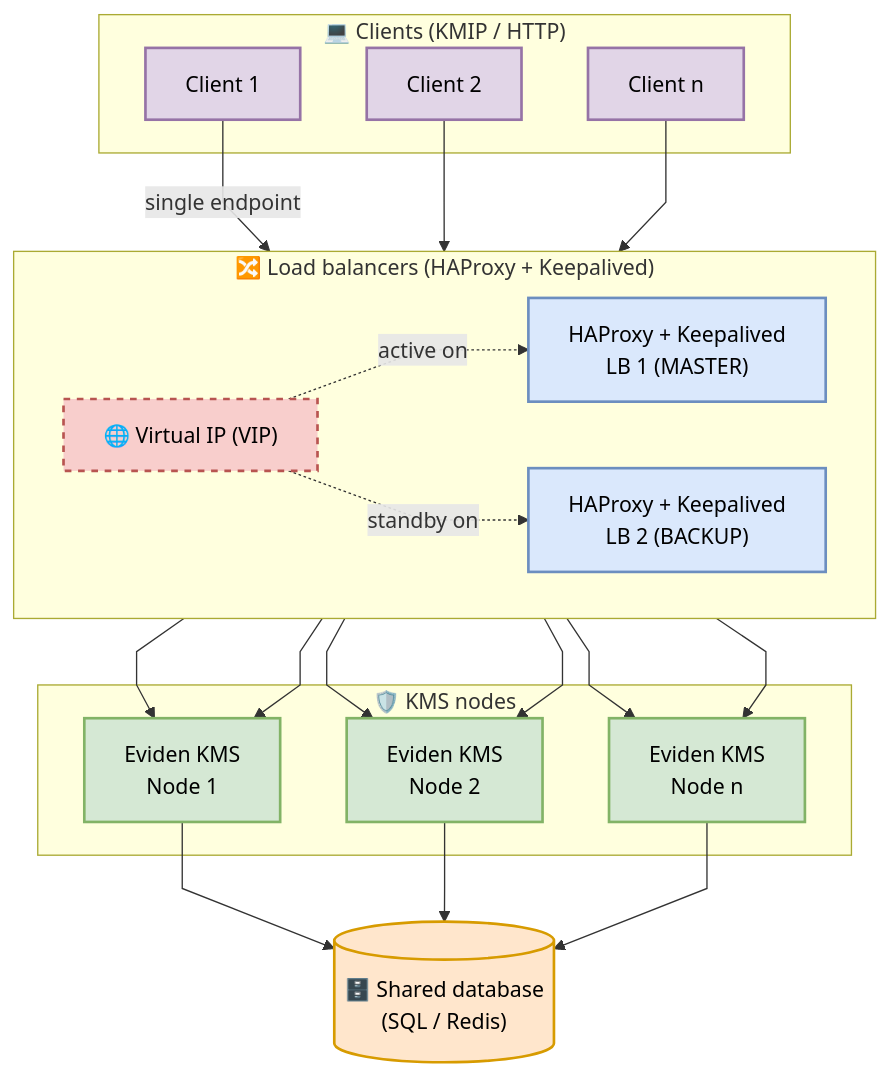
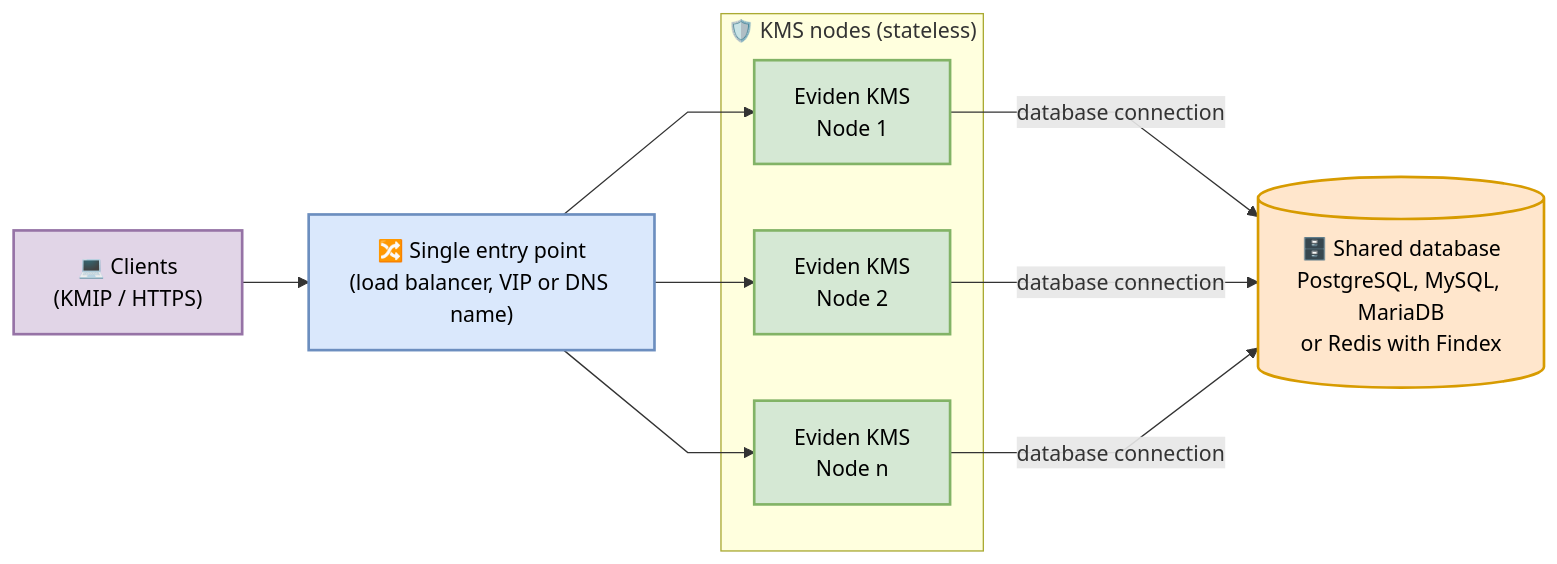
The diagram in documentation/docs/installation/high_availability_mode.md (Cosmian/kms), drawn with Mermaid before and after one commit. The commit also changed other lines of this file and 6 other files, not shown here.

First line of the commit message:
docs: split HAProxy and Keepalived into their own page (#1366)

````diff
--- a/documentation/docs/installation/high_availability_mode.md
+++ b/documentation/docs/installation/high_availability_mode.md
@@ -14,42 +8,23 @@
 ```mermaid
 %%{init: {"flowchart": {"curve": "linear"}}}%%
-flowchart TB
-    %% Styling (reuses the same palette as the previous diagram version)
+flowchart LR
     classDef client fill:#e1d5e7,stroke:#9673a6,stroke-width:2px,color:#000
-    classDef vip fill:#f8cecc,stroke:#b85450,stroke-width:2px,stroke-dasharray: 5 5,color:#000
-    classDef lb fill:#dae8fc,stroke:#6c8ebf,stroke-width:2px,color:#000
+    classDef entry fill:#dae8fc,stroke:#6c8ebf,stroke-width:2px,color:#000
     classDef kms fill:#d5e8d4,stroke:#82b366,stroke-width:2px,color:#000
     classDef db fill:#ffe6cc,stroke:#d79b00,stroke-width:2px,color:#000
 
-    subgraph clients_group["💻 Clients (KMIP / HTTP)"]
-        client1["Client 1"]:::client
-        client2["Client 2"]:::client
-        clientN["Client n"]:::client
-    end
+    clients["💻 Clients<br/>(KMIP / HTTPS)"]:::client
+    entry["🔀 Single entry point<br/>(load balancer, VIP or DNS name)"]:::entry
 
-    subgraph lb_cluster["🔀 Load balancers (HAProxy + Keepalived)"]
-        direction LR
-        vip["🌐 Virtual IP (VIP)"]:::vip
-        lb1["HAProxy + Keepalived<br/>LB 1 (MASTER)"]:::lb
-        lb2["HAProxy + Keepalived<br/>LB 2 (BACKUP)"]:::lb
-    end
-
-    subgraph kms_cluster["🛡️ KMS nodes"]
+    subgraph kms_cluster["🛡️ KMS nodes (stateless)"]
         node1["Eviden KMS<br/>Node 1"]:::kms
         node2["Eviden KMS<br/>Node 2"]:::kms
         nodeN["Eviden KMS<br/>Node n"]:::kms
     end
 
-    db[("🗄️ Shared database<br/>(SQL / Redis)")]:::db
+    db[("🗄️ Shared database<br/>PostgreSQL, MySQL, MariaDB<br/>or Redis with Findex")]:::db
 
-    client1 -->|single endpoint| vip
-    client2 --> vip
-    clientN --> vip
-
-    vip -.->|active on| lb1
-    vip -.->|standby on| lb2
-
-    lb1 --> node1 & node2 & nodeN
-    lb2 --> node1 & node2 & nodeN
-    node1 & node2 & nodeN --> db
+    clients --> entry
+    entry --> node1 & node2 & nodeN
+    node1 & node2 & nodeN -->|"database connection"| db
 ```
````
